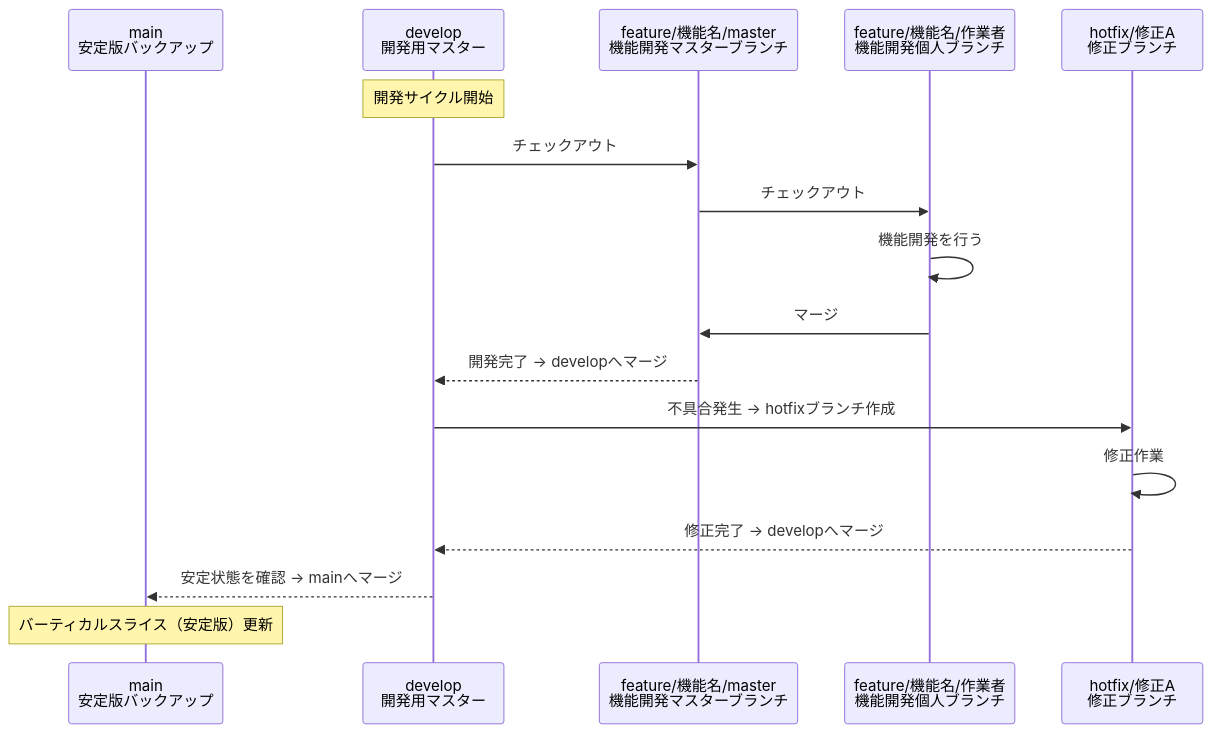
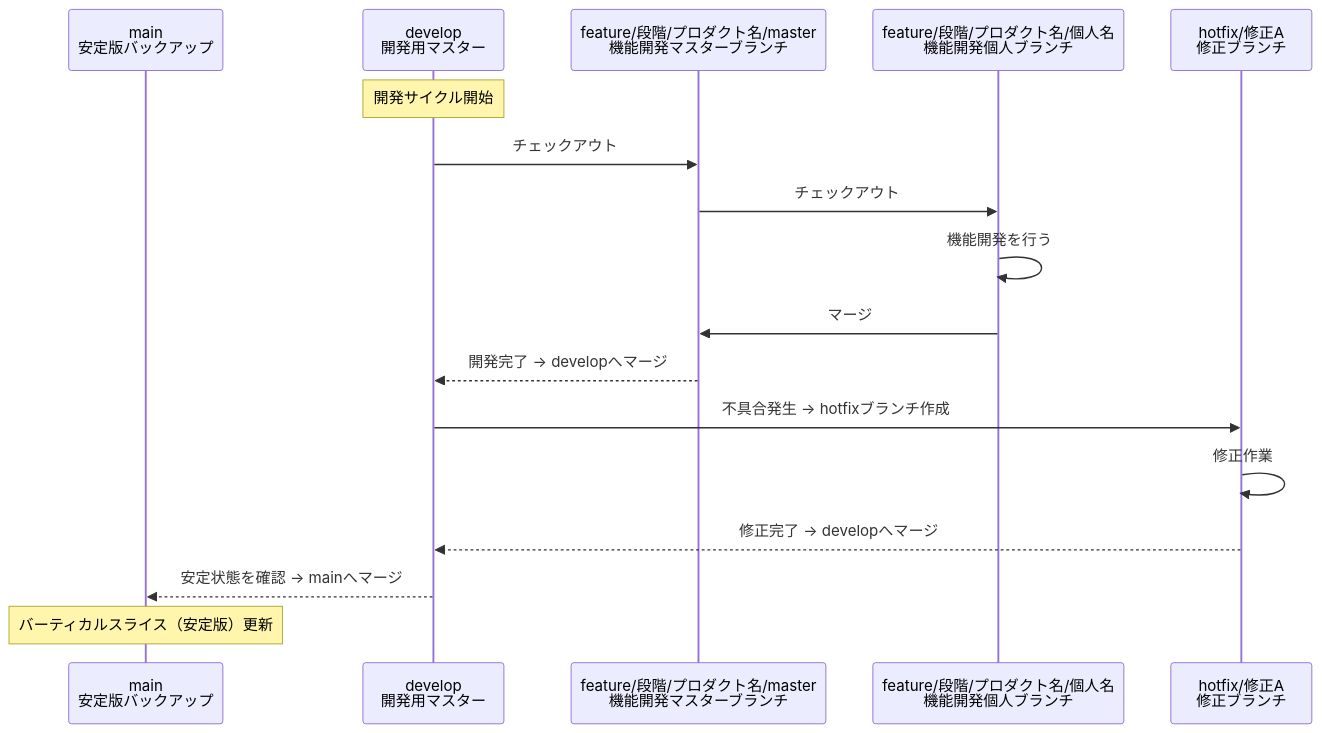
One commit to HIBIKI5201/SymphonyKillChord changed the diagram in Docs/NotionMigration/pages/A3a/2a87c2c6-cc02-804b-9b05-d384f4d76dbc.md. Above: the diagram before and after it, drawn with Mermaid. The commit also changed other lines of this file and 175 other files, not shown here.

````diff
--- a/Docs/NotionMigration/pages/A3a/2a87c2c6-cc02-804b-9b05-d384f4d76dbc.md
+++ b/Docs/NotionMigration/pages/A3a/2a87c2c6-cc02-804b-9b05-d384f4d76dbc.md
@@ -80,24 +86,24 @@
 ```Mermaid
 sequenceDiagram
     participant Main as main<br>安定版バックアップ
     participant Develop as develop<br>開発用マスター
-    participant FeatureMaster as feature/機能名/master<br>機能開発マスターブランチ
-    participant FeatureWorker as feature/機能名/作業者<br>機能開発個人ブランチ
+    participant FeatureMaster as feature/段階/プロダクト名/master<br>機能開発マスターブランチ
+    participant FeatureWorker as feature/段階/プロダクト名/個人名<br>機能開発個人ブランチ
     participant Hotfix as hotfix/修正A<br>修正ブランチ
 
     Note over Develop: 開発サイクル開始
 
     Develop->>FeatureMaster: チェックアウト
     FeatureMaster->>FeatureWorker: チェックアウト
     FeatureWorker->>FeatureWorker: 機能開発を行う
     FeatureWorker->>FeatureMaster: マージ
     FeatureMaster-->>Develop: 開発完了 → developへマージ
 
     Develop->>Hotfix: 不具合発生 → hotfixブランチ作成
     Hotfix->>Hotfix: 修正作業
     Hotfix-->>Develop: 修正完了 → developへマージ
 
     Develop-->>Main: 安定状態を確認 → mainへマージ
     Note over Main: バーティカルスライス（安定版）更新
 
 ```
````
